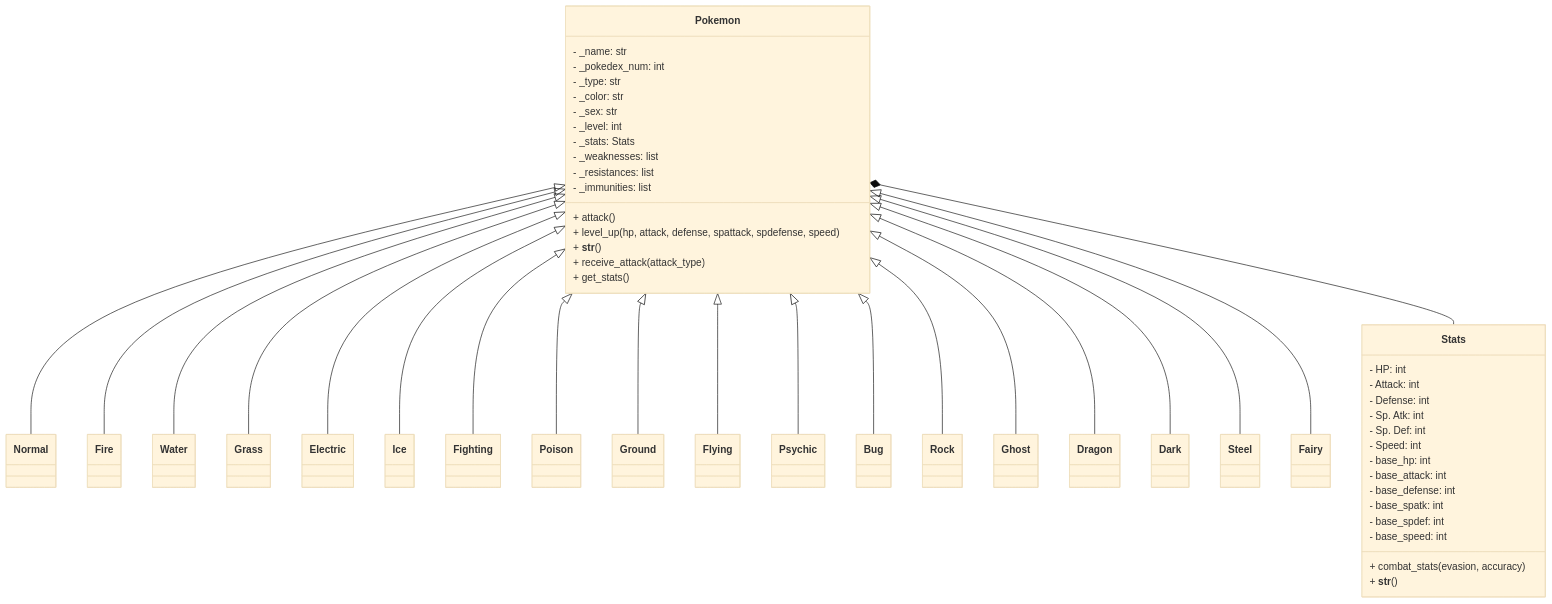
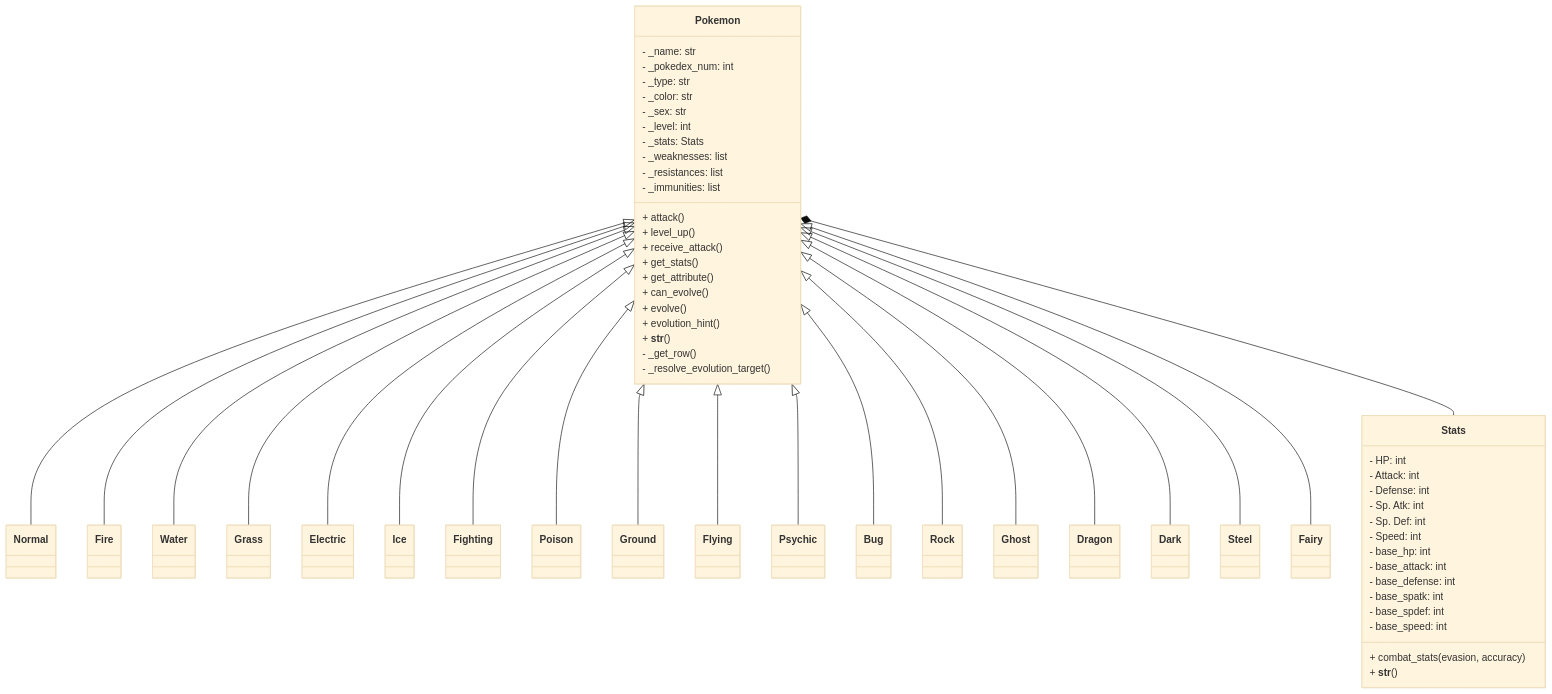
Before and after one commit to felipeg17/poke-repo: the diagram in README.md, drawn with Mermaid (base theme).

```diff
--- a/README.md
+++ b/README.md
@@ -66,23 +66,29 @@
     }
     class Fairy {
     }
-    class Pokemon {
-	    - _name: str
-	    - _pokedex_num: int
-	    - _type: str
-	    - _color: str
-	    - _sex: str
-	    - _level: int
-	    - _stats: Stats
-	    - _weaknesses: list
-	    - _resistances: list
-	    - _immunities: list
-	    + attack()
-	    + level_up(hp, attack, defense, spattack, spdefense, speed)
-	    + __str__()
-	    + receive_attack(attack_type)
-	    + get_stats()
-    }
+   class Pokemon {
+    - _name: str
+    - _pokedex_num: int
+    - _type: str
+    - _color: str
+    - _sex: str
+    - _level: int
+    - _stats: Stats
+    - _weaknesses: list
+    - _resistances: list
+    - _immunities: list
+    + attack()
+    + level_up()
+    + receive_attack()
+    + get_stats()
+    + get_attribute()
+    + can_evolve()
+    + evolve()
+    + evolution_hint()
+    + __str__()
+    - _get_row()
+    - _resolve_evolution_target()
+}
     class Stats {
 	    - HP: int
 	    - Attack: int
```
